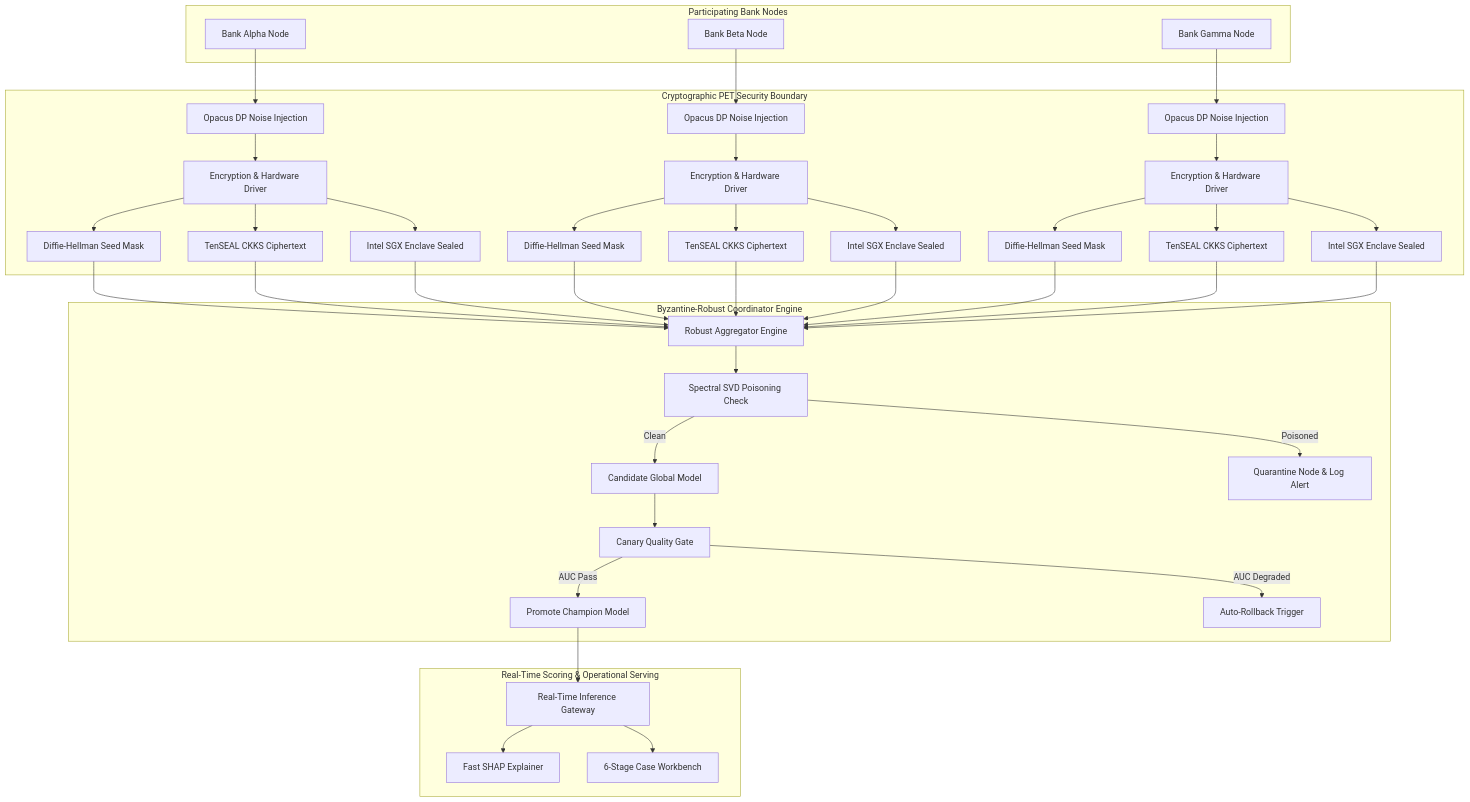
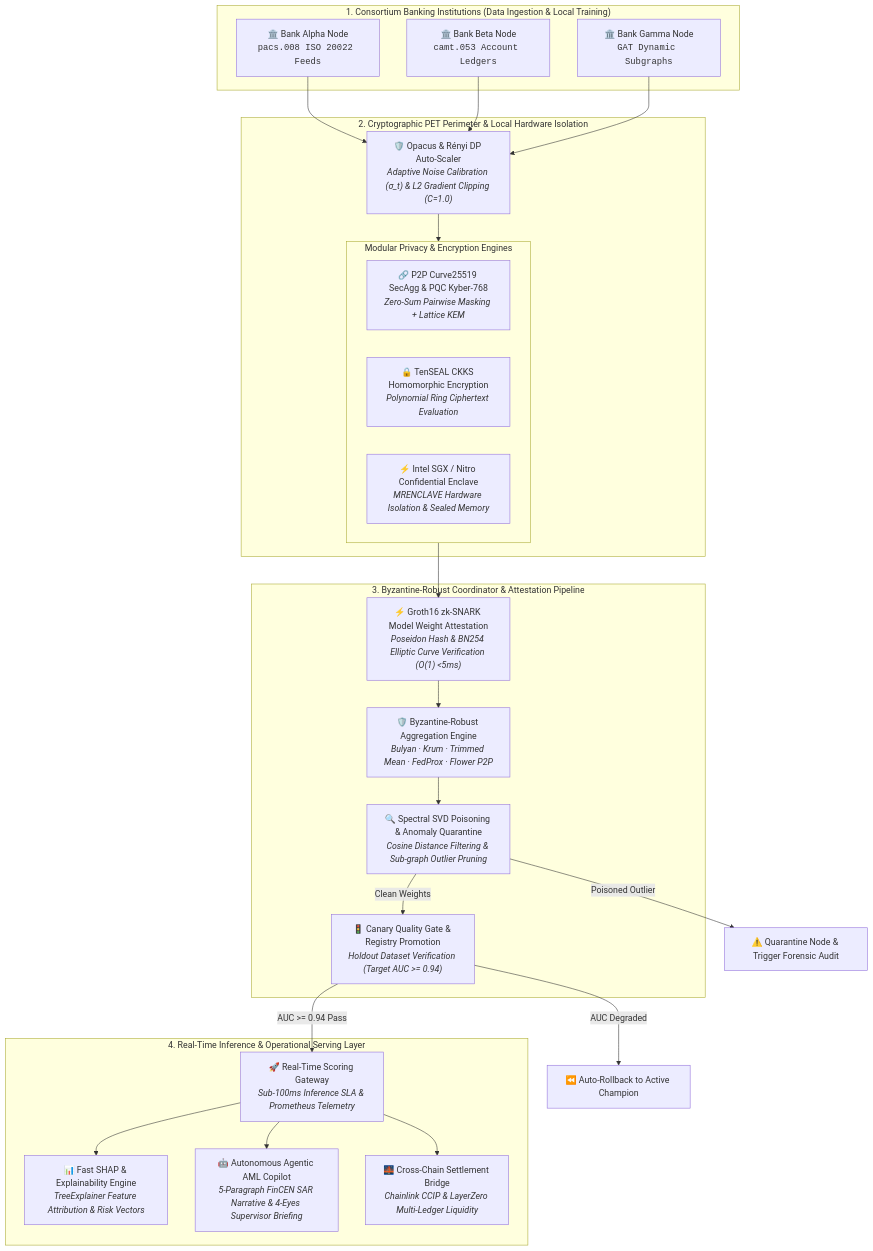
The first of 2 diagrams in README.md (yusufcalisir/CF-Intelligence), drawn with Mermaid before and after one commit. The commit also changed other lines of this file, not shown here.

Commit message:
docs(readme): expand lifecycle architecture diagram layout

````diff
--- a/README.md
+++ b/README.md
@@ -95,55 +94,51 @@
 ```mermaid
 flowchart TD
-    subgraph Banks["Participating Bank Nodes"]
-        A["Bank Alpha Node"]
-        B["Bank Beta Node"]
-        C["Bank Gamma Node"]
+    subgraph Banks["1. Consortium Banking Institutions (Data Ingestion & Local Training)"]
+        Alpha["🏛️ Bank Alpha Node<br/><code>pacs.008 ISO 20022 Feeds</code>"]
+        Beta["🏛️ Bank Beta Node<br/><code>camt.053 Account Ledgers</code>"]
+        Gamma["🏛️ Bank Gamma Node<br/><code>GAT Dynamic Subgraphs</code>"]
     end
 
-    subgraph PETs["Cryptographic PET Security Boundary"]
-        A --> DP1["Opacus DP Noise Injection"]
-        B --> DP2["Opacus DP Noise Injection"]
-        C --> DP3["Opacus DP Noise Injection"]
+    subgraph PETs["2. Cryptographic PET Perimeter & Local Hardware Isolation"]
+        DP["🛡️ Opacus & Rényi DP Auto-Scaler<br/><i>Adaptive Noise Calibration (σ_t) & L2 Gradient Clipping (C=1.0)</i>"]
         
-        DP1 --> PET1["Encryption & Hardware Driver"]
-        DP2 --> PET2["Encryption & Hardware Driver"]
-        DP3 --> PET3["Encryption & Hardware Driver"]
-        
-        PET1 --> SA1["Diffie-Hellman Seed Mask"]
-        PET1 --> FHE1["TenSEAL CKKS Ciphertext"]
-        PET1 --> TEE1["Intel SGX Enclave Sealed"]
-        
-        PET2 --> SA2["Diffie-Hellman Seed Mask"]
-        PET2 --> FHE2["TenSEAL CKKS Ciphertext"]
-        PET2 --> TEE2["Intel SGX Enclave Sealed"]
-
-        PET3 --> SA3["Diffie-Hellman Seed Mask"]
-        PET3 --> FHE3["TenSEAL CKKS Ciphertext"]
-        PET3 --> TEE3["Intel SGX Enclave Sealed"]
+        subgraph CryptoEngines["Modular Privacy & Encryption Engines"]
+            SecAgg["🔗 P2P Curve25519 SecAgg & PQC Kyber-768<br/><i>Zero-Sum Pairwise Masking + Lattice KEM</i>"]
+            FHE["🔒 TenSEAL CKKS Homomorphic Encryption<br/><i>Polynomial Ring Ciphertext Evaluation</i>"]
+            TEE["⚡ Intel SGX / Nitro Confidential Enclave<br/><i>MRENCLAVE Hardware Isolation & Sealed Memory</i>"]
+        end
     end
 
-    subgraph Server["Byzantine-Robust Coordinator Engine"]
-        SA1 --> Agg["Robust Aggregator Engine"]
-        FHE1 --> Agg
-        TEE1 --> Agg
-        SA2 --> Agg
-        FHE2 --> Agg
-        TEE2 --> Agg
-        SA3 --> Agg
-        FHE3 --> Agg
-        TEE3 --> Agg
-
-        Agg --> SVD["Spectral SVD Poisoning Check"]
-        SVD -->|Clean| Candidate["Candidate Global Model"]
-        SVD -->|Poisoned| Quarantine["Quarantine Node & Log Alert"]
-        Candidate --> Canary["Canary Quality Gate"]
-        Canary -->|AUC Pass| Champion["Promote Champion Model"]
-        Canary -->|AUC Degraded| Rollback["Auto-Rollback Trigger"]
+    subgraph Coordinator["3. Byzantine-Robust Coordinator & Attestation Pipeline"]
+        zkSNARK["⚡ Groth16 zk-SNARK Model Weight Attestation<br/><i>Poseidon Hash & BN254 Elliptic Curve Verification (O(1) <5ms)</i>"]
+        Agg["🛡️ Byzantine-Robust Aggregation Engine<br/><i>Bulyan · Krum · Trimmed Mean · FedProx · Flower P2P</i>"]
+        SVD["🔍 Spectral SVD Poisoning & Anomaly Quarantine<br/><i>Cosine Distance Filtering & Sub-graph Outlier Pruning</i>"]
+        Canary["🚦 Canary Quality Gate & Registry Promotion<br/><i>Holdout Dataset Verification (Target AUC >= 0.94)</i>"]
     end
 
-    subgraph Serving["Real-Time Scoring & Operational Serving"]
-        Champion --> Gateway["Real-Time Inference Gateway"]
-        Gateway --> SHAP["Fast SHAP Explainer"]
-        Gateway --> Workbench["6-Stage Case Workbench"]
+    subgraph Serving["4. Real-Time Inference & Operational Serving Layer"]
+        Gateway["🚀 Real-Time Scoring Gateway<br/><i>Sub-100ms Inference SLA & Prometheus Telemetry</i>"]
+        SHAP["📊 Fast SHAP & Explainability Engine<br/><i>TreeExplainer Feature Attribution & Risk Vectors</i>"]
+        AML["🤖 Autonomous Agentic AML Copilot<br/><i>5-Paragraph FinCEN SAR Narrative & 4-Eyes Supervisor Briefing</i>"]
+        Bridge["🌉 Cross-Chain Settlement Bridge<br/><i>Chainlink CCIP & LayerZero Multi-Ledger Liquidity</i>"]
     end
+
+    Alpha --> DP
+    Beta --> DP
+    Gamma --> DP
+    DP --> CryptoEngines
+    
+    CryptoEngines --> zkSNARK
+    zkSNARK --> Agg
+    Agg --> SVD
+    
+    SVD -->|Clean Weights| Canary
+    SVD -->|Poisoned Outlier| Quarantine["⚠️ Quarantine Node & Trigger Forensic Audit"]
+    
+    Canary -->|AUC >= 0.94 Pass| Gateway
+    Canary -->|AUC Degraded| Rollback["⏪ Auto-Rollback to Active Champion"]
+    
+    Gateway --> SHAP
+    Gateway --> AML
+    Gateway --> Bridge
 ```
````
